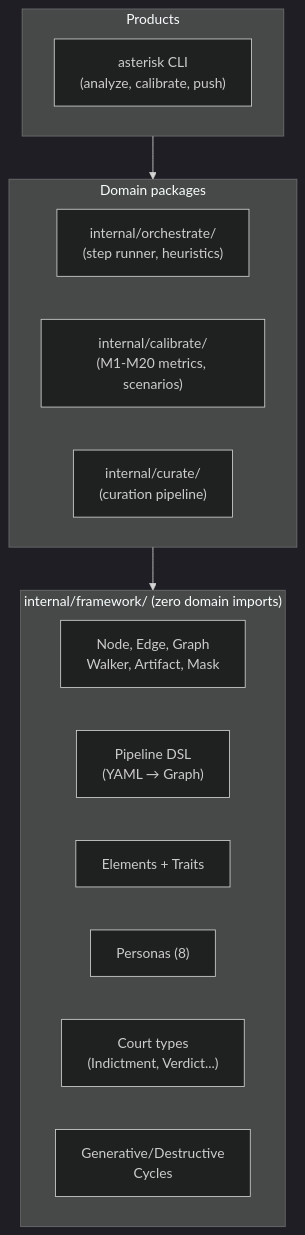
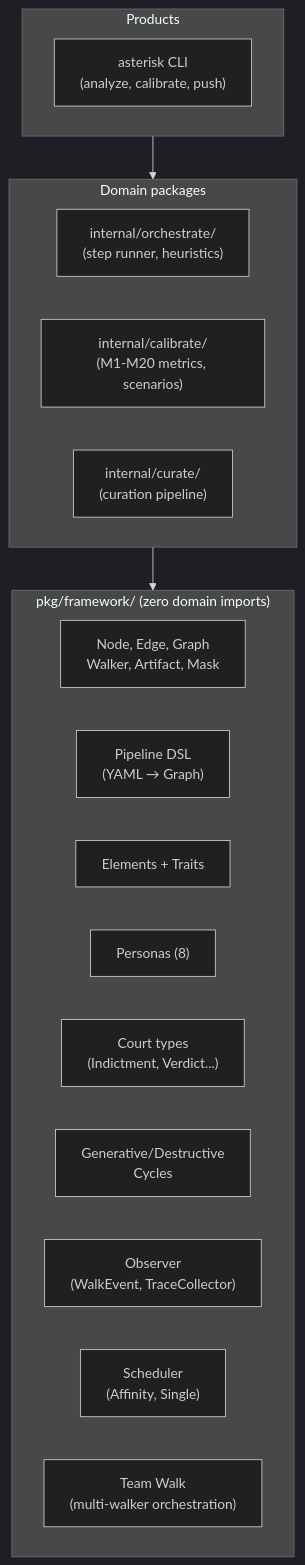
One commit to dpopsuev/asterisk changed the diagram in docs/framework-guide.md. Above: the diagram before and after it, drawn with Mermaid (dark theme). The commit also changed other lines of this file, not shown here.

First line of the commit message:
docs(framework): add observer, scheduler, team walk sections to guide

````diff
--- a/docs/framework-guide.md
+++ b/docs/framework-guide.md
@@ -371,24 +486,27 @@
 ```mermaid
 flowchart TD
-    subgraph framework ["internal/framework/ (zero domain imports)"]
+    subgraph framework ["pkg/framework/ (zero domain imports)"]
         Interfaces["Node, Edge, Graph\nWalker, Artifact, Mask"]
         DSL["Pipeline DSL\n(YAML → Graph)"]
         Elements["Elements + Traits"]
         Personas["Personas (8)"]
         Court["Court types\n(Indictment, Verdict...)"]
         Cycles["Generative/Destructive\nCycles"]
+        Obs["Observer\n(WalkEvent, TraceCollector)"]
+        Sched["Scheduler\n(Affinity, Single)"]
+        TeamW["Team Walk\n(multi-walker orchestration)"]
     end
 
     subgraph domain ["Domain packages"]
         Orchestrate["internal/orchestrate/\n(step runner, heuristics)"]
         Calibrate["internal/calibrate/\n(M1-M20 metrics, scenarios)"]
         Curate["internal/curate/\n(curation pipeline)"]
     end
 
     subgraph product ["Products"]
         CLI["asterisk CLI\n(analyze, calibrate, push)"]
     end
 
     domain --> framework
     product --> domain
 ```
````
